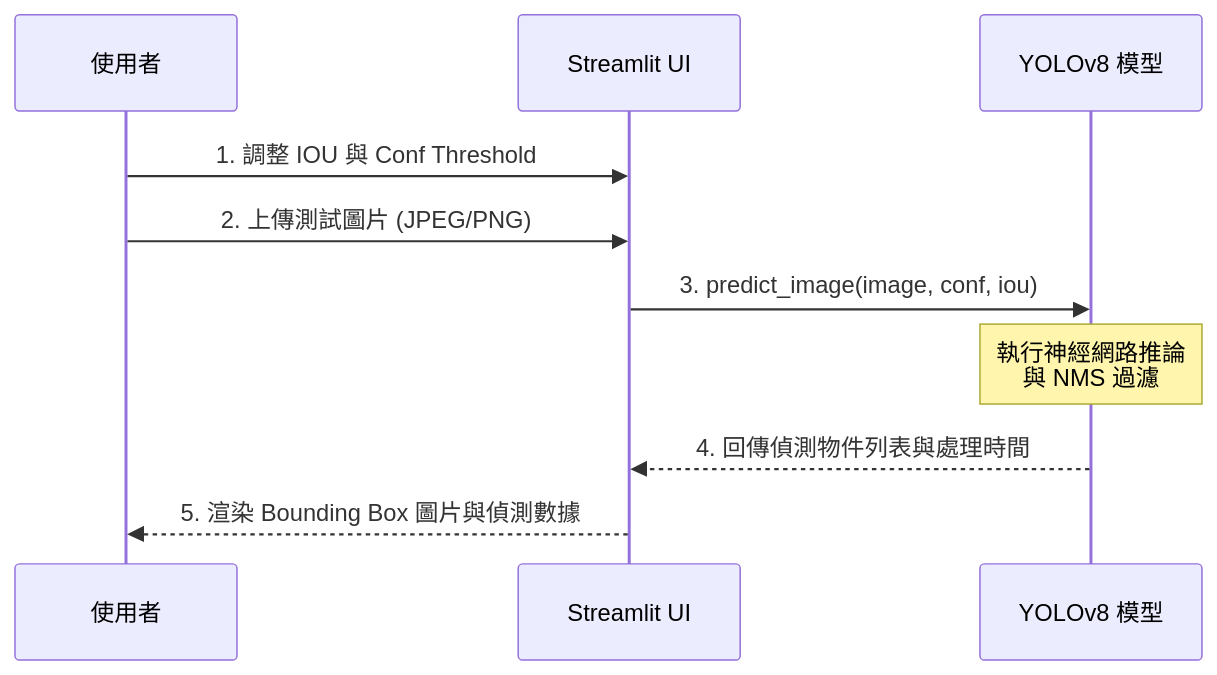
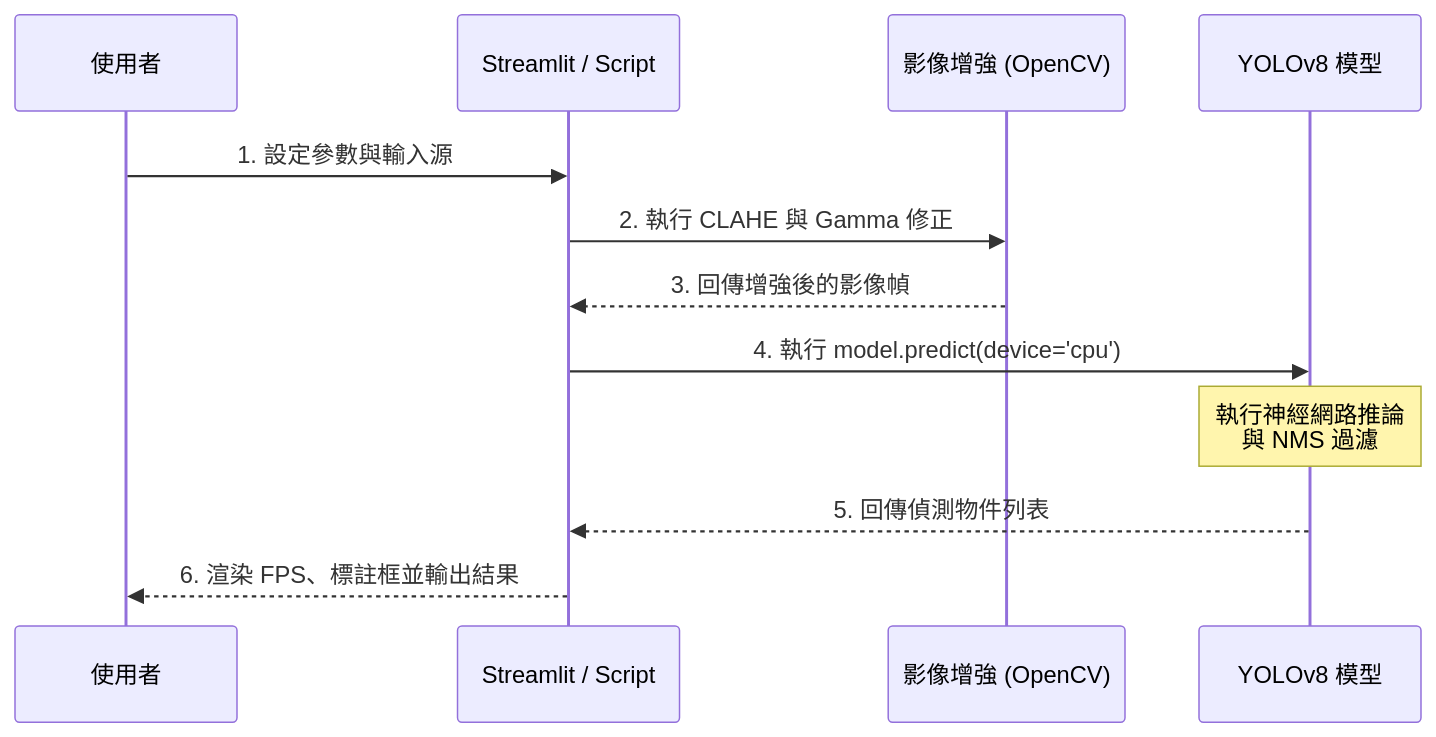
One commit to hank921109/114-2-Fire_Smoke_Detection changed the third of 3 diagrams in README.md. Above: the diagram before and after it, drawn with Mermaid. The commit also changed other lines of this file and 31 other files, not shown here.

````diff
--- a/README.md
+++ b/README.md
@@ -85,12 +96,14 @@
 ```mermaid
 sequenceDiagram
     participant User as 使用者
-    participant UI as Streamlit UI
+    participant UI as Streamlit / Script
+    participant Proc as 影像增強 (OpenCV)
     participant Model as YOLOv8 模型
-    User->>UI: 1. 調整 IOU 與 Conf Threshold
-    User->>UI: 2. 上傳測試圖片 (JPEG/PNG)
-    UI->>Model: 3. predict_image(image, conf, iou)
+    User->>UI: 1. 設定參數與輸入源
+    UI->>Proc: 2. 執行 CLAHE 與 Gamma 修正
+    Proc-->>UI: 3. 回傳增強後的影像幀
+    UI->>Model: 4. 執行 model.predict(device='cpu')
     Note over Model: 執行神經網路推論<br/>與 NMS 過濾
-    Model-->>UI: 4. 回傳偵測物件列表與處理時間
-    UI-->>User: 5. 渲染 Bounding Box 圖片與偵測數據
+    Model-->>UI: 5. 回傳偵測物件列表
+    UI-->>User: 6. 渲染 FPS、標註框並輸出結果
 ```
````
